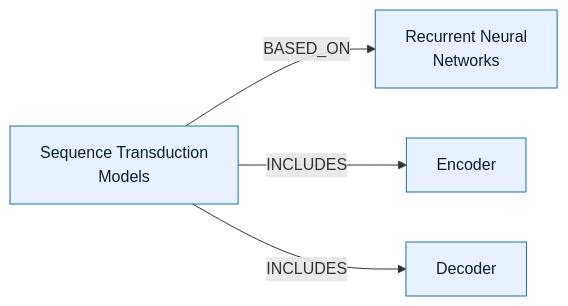
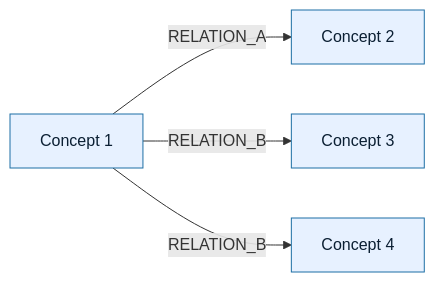
Before and after one commit to CogKnowEdge-Solutions/Context-Memory-Layer: the fourth of 7 diagrams in vector_graph_hybrid.md, drawn with Mermaid. The commit also changed other lines of this file, not shown here.

````diff
--- a/vector_graph_hybrid.md
+++ b/vector_graph_hybrid.md
@@ -95,14 +97,14 @@
 ```mermaid
 graph LR
-    N1["Sequence Transduction<br/>Models"]
-    N2["Recurrent Neural<br/>Networks"]
-    N3["Encoder"]
-    N4["Decoder"]
+    N1["Concept 1"]
+    N2["Concept 2"]
+    N3["Concept 3"]
+    N4["Concept 4"]
 
-    N1 -->|BASED_ON| N2
-    N1 -->|INCLUDES| N3
-    N1 -->|INCLUDES| N4
+    N1 -->|RELATION_A| N2
+    N1 -->|RELATION_B| N3
+    N1 -->|RELATION_B| N4
 
     classDef nodeStyle fill:#e7f1ff,stroke:#1d6fa5,stroke-width:1px,color:#0b1f33
     class N1,N2,N3,N4 nodeStyle
 ```
````
